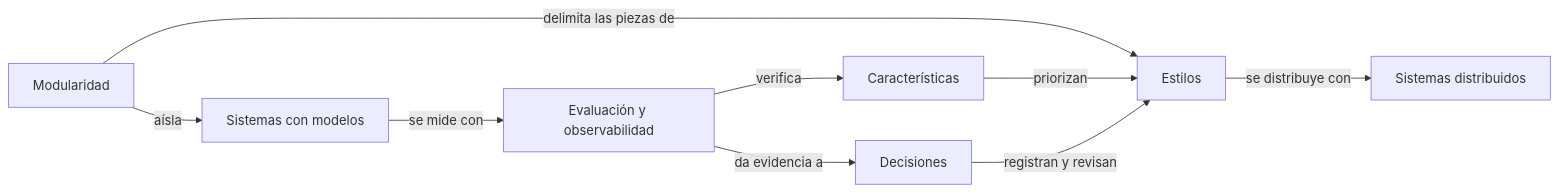
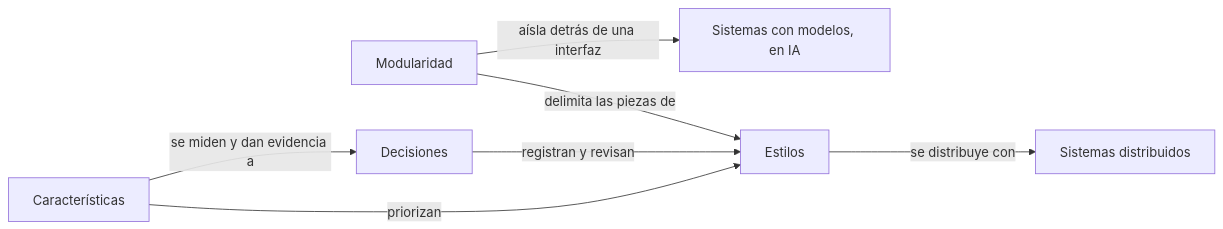
Before and after one commit to mtsdlf/conocimiento: the diagram in Arquitectura/arquitectura.md, drawn with Mermaid. The commit also changed other lines of this file and 37 other files, not shown here.

Commit message:
IA desde cero: alcance, archivo del tema anterior y mudanza de Sistemas con modelos y Evaluación desde Arquitectura

````diff
--- a/Arquitectura/arquitectura.md
+++ b/Arquitectura/arquitectura.md
@@ -45,11 +46,9 @@
 ```mermaid
 flowchart LR
   C[Características] -->|priorizan| E[Estilos]
   M[Modularidad] -->|delimita las piezas de| E
   E -->|se distribuye con| D[Sistemas distribuidos]
-  M -->|aísla| S[Sistemas con modelos]
-  S -->|se mide con| V[Evaluación y observabilidad]
-  V -->|verifica| C
+  M -->|aísla detrás de una interfaz| IA[Sistemas con modelos, en IA]
   DE[Decisiones] -->|registran y revisan| E
-  V -->|da evidencia a| DE
+  C -->|se miden y dan evidencia a| DE
 ```
````
